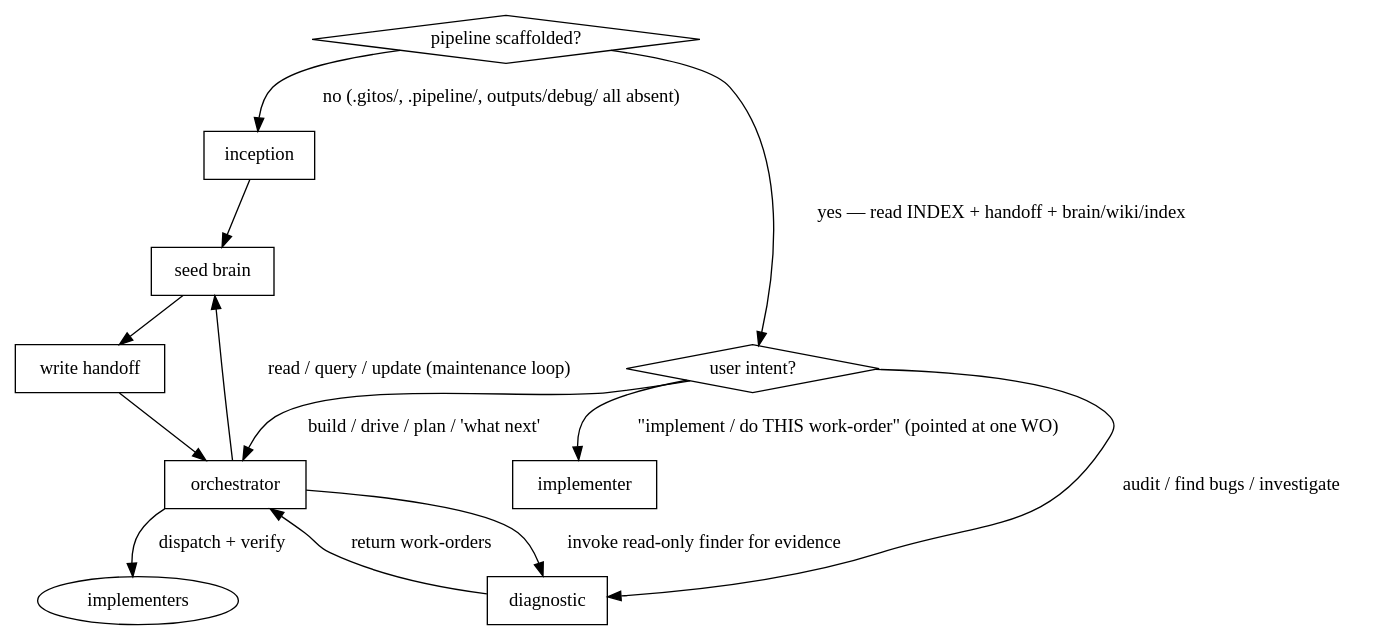
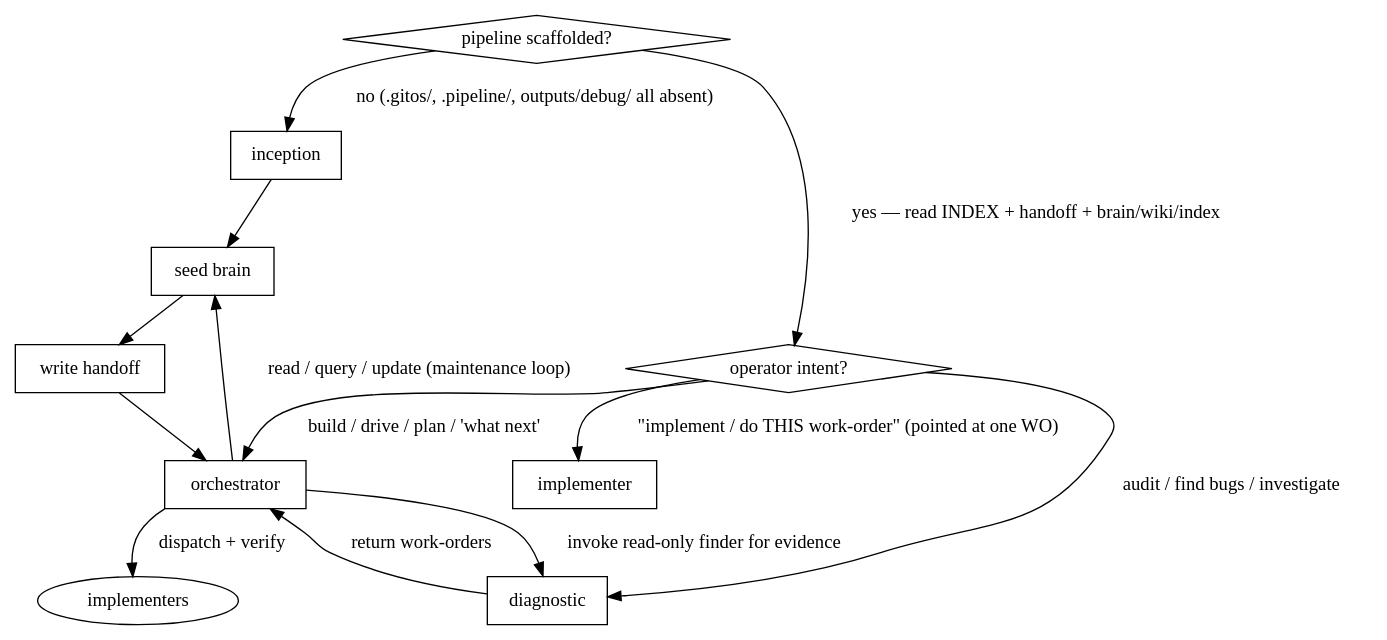
The diagram in SKILL.md (wizzo-gmb/gitos), drawn with Graphviz before and after one commit. The commit also changed other lines of this file and 43 other files, not shown here.

````diff
--- a/SKILL.md
+++ b/SKILL.md
@@ -56,20 +56,20 @@
 ```dot
 digraph route {
   detect [shape=diamond, label="pipeline scaffolded?"];
   inception [shape=box]; orchestrator [shape=box]; diagnostic [shape=box];
   brain [shape=box, label="seed brain"]; handoff [shape=box, label="write handoff"];
 
   detect -> inception   [label="no (.gitos/, .pipeline/, outputs/debug/ all absent)"];
   inception -> brain -> handoff -> orchestrator;
   detect -> intent      [label="yes — read INDEX + handoff + brain/wiki/index"];
-  intent [shape=diamond, label="user intent?"];
+  intent [shape=diamond, label="operator intent?"];
   implementer [shape=box];
   intent -> orchestrator [label="build / drive / plan / 'what next'"];
   intent -> diagnostic   [label="audit / find bugs / investigate"];
   intent -> implementer  [label="\"implement / do THIS work-order\" (pointed at one WO)"];
   orchestrator -> diagnostic [label="invoke read-only finder for evidence"];
   diagnostic -> orchestrator [label="return work-orders"];
   orchestrator -> implementers [label="dispatch + verify"];
   orchestrator -> brain [label="read / query / update (maintenance loop)"];
 }
 ```
````
